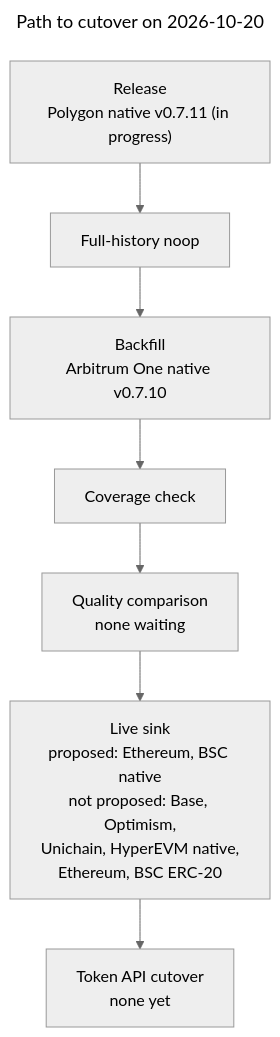
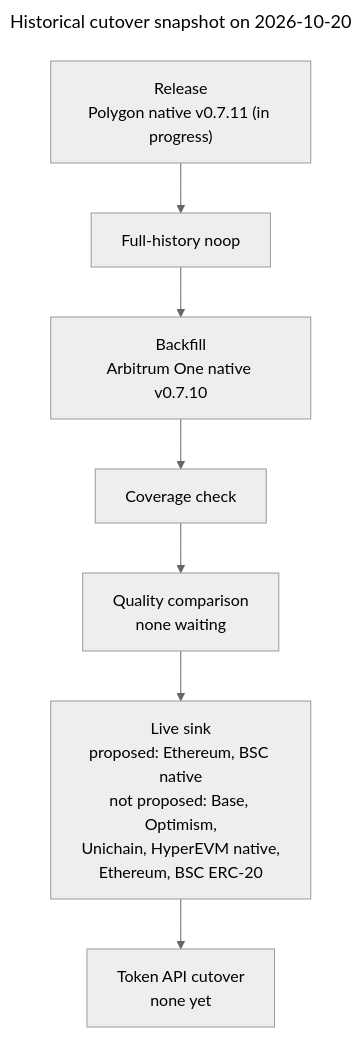
One commit to pinax-network/substreams-evm-balances changed the first of 4 diagrams in docs/deployment-status.md. Above: the diagram before and after it, drawn with Mermaid (neutral theme). The commit also changed other lines of this file and 2 other files, not shown here.

````diff
--- a/docs/deployment-status.md
+++ b/docs/deployment-status.md
@@ -69,14 +121,14 @@
 ```mermaid
 ---
-title: Path to cutover on 2026-10-20
+title: Historical cutover snapshot on 2026-10-20
 ---
 flowchart TD
   rel["Release<br/>Polygon native v0.7.11 (in progress)"]
   noop["Full-history noop"]
   bf["Backfill<br/>Arbitrum One native v0.7.10"]
   cov["Coverage check"]
   qual["Quality comparison<br/>none waiting"]
   sink["Live sink<br/>proposed: Ethereum, BSC native<br/>not proposed: Base, Optimism,<br/>Unichain, HyperEVM native,<br/>Ethereum, BSC ERC-20"]
   cut["Token API cutover<br/>none yet"]
   rel --> noop --> bf --> cov --> qual --> sink --> cut
 ```
````
